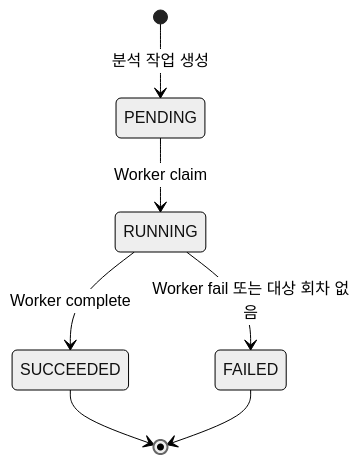
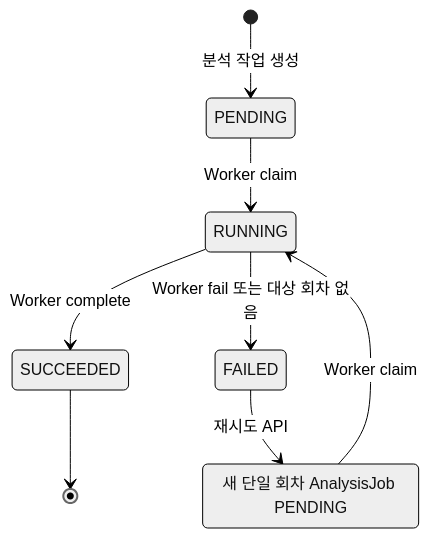
Before and after one commit to catchhole-soma/catchhole-backend-java: the tenth of 10 diagrams in docs/analysis-workflow.md, drawn with Mermaid (neutral theme). The commit also changed other lines of this file and 9 other files, not shown here.

````diff
--- a/docs/analysis-workflow.md
+++ b/docs/analysis-workflow.md
@@ -258,9 +317,11 @@
 ```mermaid
 stateDiagram-v2
     [*] --> PENDING: 분석 작업 생성
     PENDING --> RUNNING: Worker claim
     RUNNING --> SUCCEEDED: Worker complete
     RUNNING --> FAILED: Worker fail 또는 대상 회차 없음
     SUCCEEDED --> [*]
-    FAILED --> [*]
+    FAILED --> RETRY_PENDING: 재시도 API
+    RETRY_PENDING: 새 단일 회차 AnalysisJob PENDING
+    RETRY_PENDING --> RUNNING: Worker claim
 ```
````
